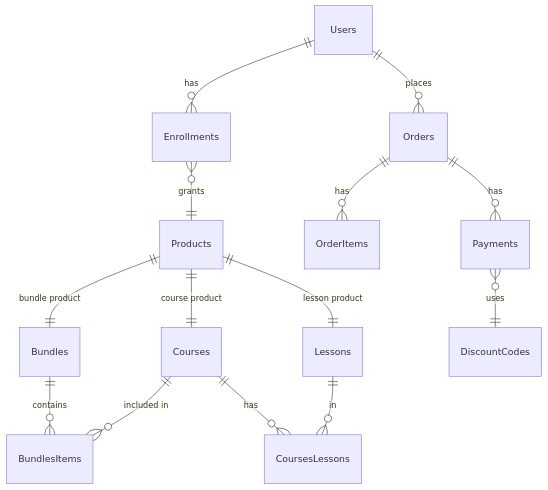
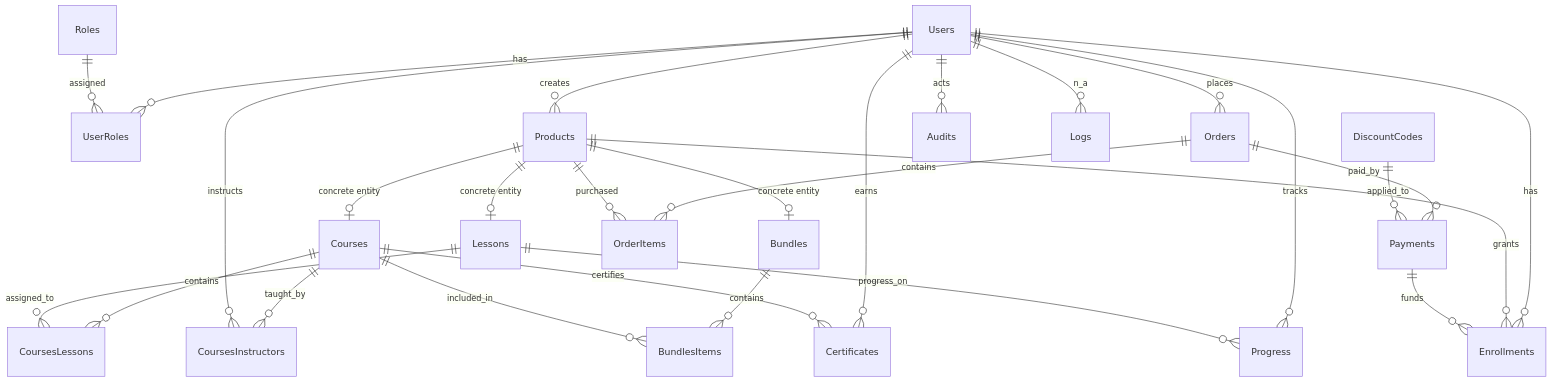
Before and after one commit to el-Sharif-suhiam/EduCore: the diagram in docs/system-guide/02-database.md, drawn with Mermaid. The commit also changed other lines of this file and 18 other files, not shown here.

Commit message:
audit/fixes: resolve payment/discount lock-order risk, add concurrency regression tests, finalize docs

````diff
--- a/docs/system-guide/02-database.md
+++ b/docs/system-guide/02-database.md
@@ -37,16 +18,29 @@
 ```mermaid
 erDiagram
-    Users ||--o{ Orders : places
-    Users ||--o{ Enrollments : has
-    Products ||--|| Courses : "course product"
-    Products ||--|| Bundles : "bundle product"
-    Products ||--|| Lessons : "lesson product"
-    Bundles ||--o{ BundlesItems : contains
-    Courses ||--o{ BundlesItems : "included in"
-    Courses ||--o{ CoursesLessons : has
-    Lessons ||--o{ CoursesLessons : in
-    Orders ||--o{ OrderItems : has
-    Orders ||--o{ Payments : has
-    Payments }o--|| DiscountCodes : uses
-    Enrollments }o--|| Products : grants
+  Users ||--o{ UserRoles : has
+  Roles ||--o{ UserRoles : assigned
+  Users ||--o{ Products : creates
+  Products ||--o| Courses : "concrete entity"
+  Products ||--o| Lessons : "concrete entity"
+  Products ||--o| Bundles : "concrete entity"
+  Courses ||--o{ CoursesInstructors : taught_by
+  Users ||--o{ CoursesInstructors : instructs
+  Courses ||--o{ CoursesLessons : contains
+  Lessons ||--o{ CoursesLessons : assigned_to
+  Bundles ||--o{ BundlesItems : contains
+  Courses ||--o{ BundlesItems : included_in
+  Users ||--o{ Orders : places
+  Orders ||--o{ OrderItems : contains
+  Products ||--o{ OrderItems : purchased
+  Orders ||--o{ Payments : paid_by
+  DiscountCodes ||--o{ Payments : applied_to
+  Users ||--o{ Enrollments : has
+  Products ||--o{ Enrollments : grants
+  Payments ||--o{ Enrollments : funds
+  Users ||--o{ Progress : tracks
+  Lessons ||--o{ Progress : progress_on
+  Users ||--o{ Certificates : earns
+  Courses ||--o{ Certificates : certifies
+  Users ||--o{ Audits : acts
+  Users ||--o{ Logs : n_a
 ```
````
